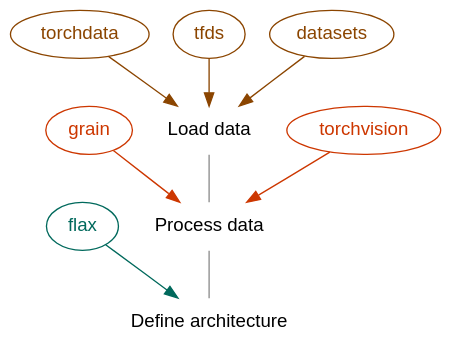
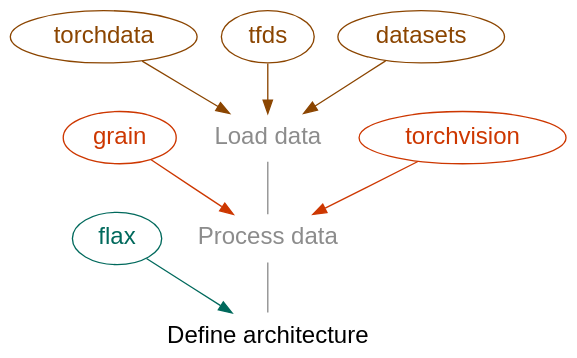
Diagram 11 of 15 in ai/jxai/fl_jax_slides.qmd (WestDRI/arc-training), drawn with Graphviz before and after one commit. The commit also changed other lines of this file, not shown here.

Commit message:
add training in the modular series of graphs

````diff
--- a/ai/jxai/fl_jax_slides.qmd
+++ b/ai/jxai/fl_jax_slides.qmd
@@ -498,34 +498,34 @@
 ```{dot}
 //| echo: false
-//| fig-width: 550px
+//| fig-width: 500px
 
 digraph {
 
 bgcolor="transparent"
-node [fontname="Inconsolata, sans-serif", color=gray55]
+node [fontname="Inconsolata, sans-serif", color=gray55, fontsize="18pt"]
 edge [color=gray55]
 
-load [label="Load data", shape=plaintext, group=g1]
-proc [label="Process data", shape=plaintext, group=g1]
+load [label="Load data", shape=plaintext, group=g1, fontcolor=gray55]
+proc [label="Process data", shape=plaintext, group=g1, fontcolor=gray55]
 nn [label="Define architecture", shape=plaintext, group=g1]
 
 pt [label=torchdata, fontcolor=darkorange4, color=darkorange4]
 tfds [label=tfds, group=g2, fontcolor=darkorange4, color=darkorange4]
 dt [label=datasets, fontcolor=darkorange4, color=darkorange4]
 
 gr [label=grain, fontcolor=orangered3, color=orangered3]
 tv [label=torchvision, fontcolor=orangered3, color=orangered3]
 
 fl [label=flax, group=g2, fontcolor="#00695C", color="#00695C"]
 
 {rank=same; gr load tv}
 gr -> load -> tv [style=invis]
 
 {pt tfds dt} -> load [color=darkorange4]
 {gr tv} -> proc [color=orangered3]
 fl -> nn [color="#00695C"]
 
 load -> proc -> nn [dir=none]
 
 }
 ```
````
